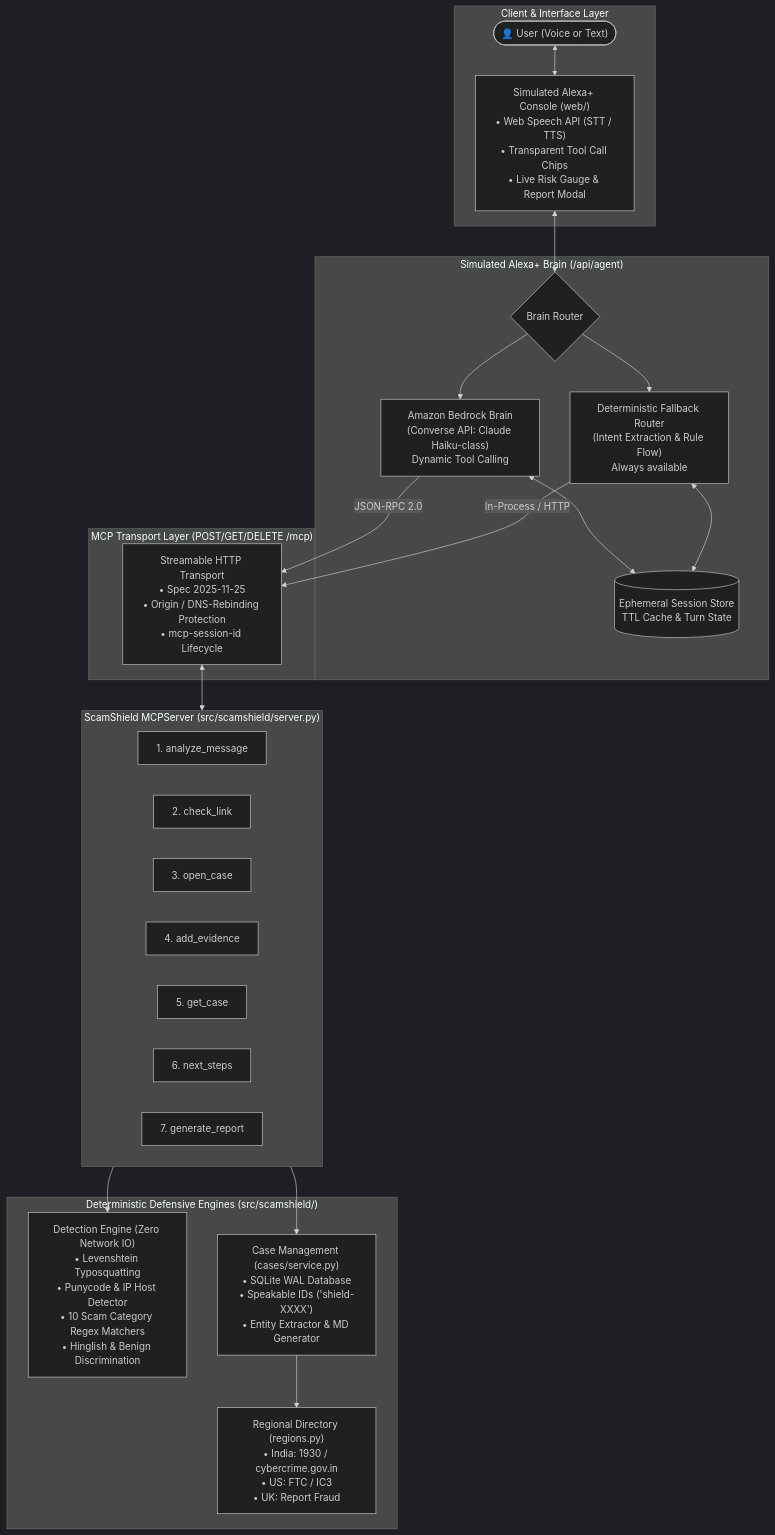
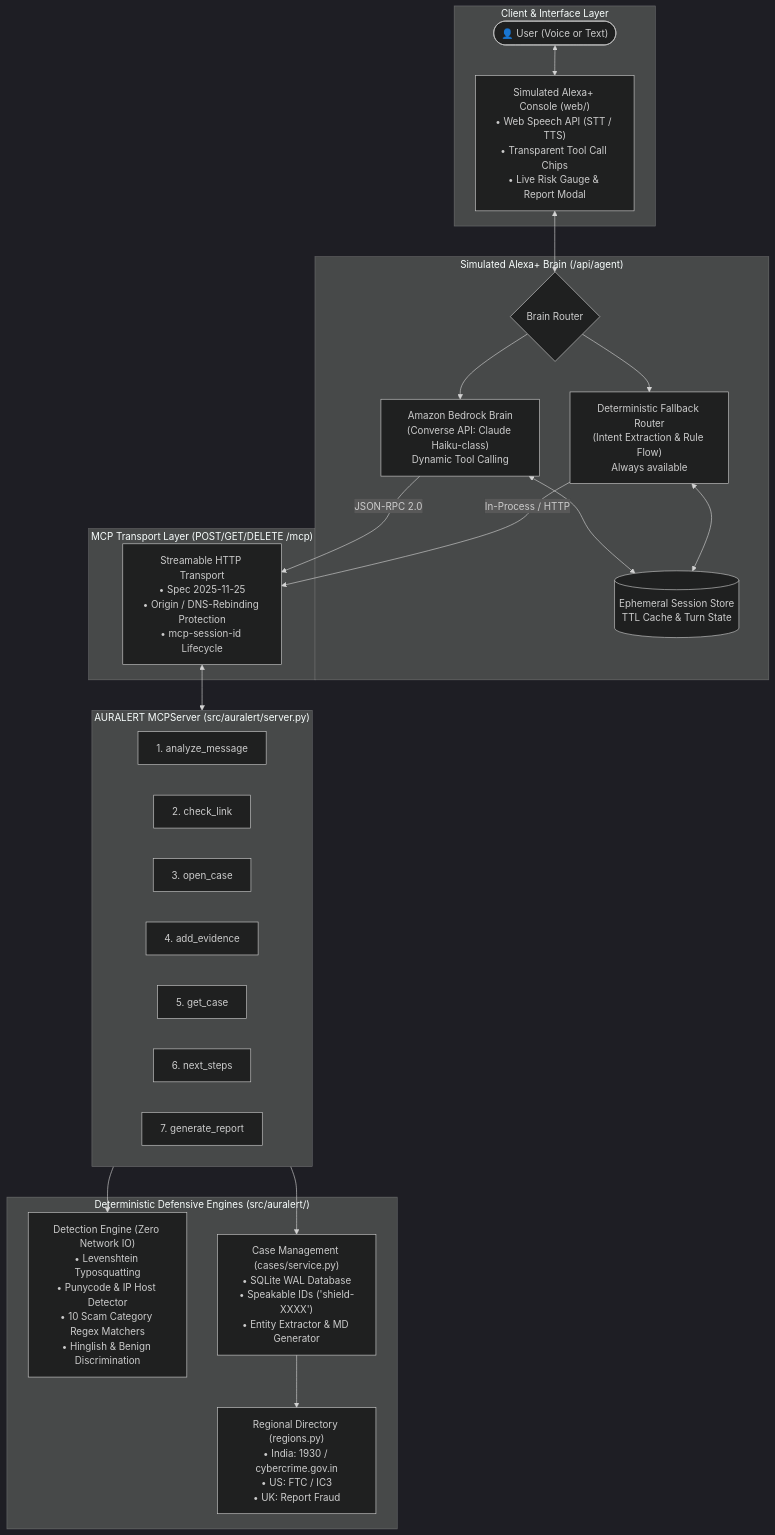
Before and after one commit to Ujjwal-4/Auralert: the first of 2 diagrams in docs/ARCHITECTURE.md, drawn with Mermaid (dark theme). The commit also changed other lines of this file and 61 other files, not shown here.

Commit message:
refactor: rename scamshield to auralert across codebase and docs

````diff
--- a/docs/ARCHITECTURE.md
+++ b/docs/ARCHITECTURE.md
@@ -13,47 +13,47 @@
 ```mermaid
 flowchart TD
     subgraph ClientLayer ["Client & Interface Layer"]
         User(["👤 User (Voice or Text)"])
         WebUI["Simulated Alexa+ Console (web/)<br/>• Web Speech API (STT / TTS)<br/>• Transparent Tool Call Chips<br/>• Live Risk Gauge & Report Modal"]
     end
 
     subgraph AgentLayer ["Simulated Alexa+ Brain (/api/agent)"]
         AgentRouter{"Brain Router"}
         BedrockBrain["Amazon Bedrock Brain<br/>(Converse API: Claude Haiku-class)<br/>Dynamic Tool Calling"]
         FallbackRouter["Deterministic Fallback Router<br/>(Intent Extraction & Rule Flow)<br/>Always available"]
         SessionStore[("Ephemeral Session Store<br/>TTL Cache & Turn State")]
     end
 
     subgraph TransportLayer ["MCP Transport Layer (POST/GET/DELETE /mcp)"]
         StreamableHTTP["Streamable HTTP Transport<br/>• Spec 2025-11-25<br/>• Origin / DNS-Rebinding Protection<br/>• mcp-session-id Lifecycle"]
     end
 
-    subgraph MCPLayer ["ScamShield MCPServer (src/scamshield/server.py)"]
+    subgraph MCPLayer ["AURALERT MCPServer (src/auralert/server.py)"]
         T1["1. analyze_message"]
         T2["2. check_link"]
         T3["3. open_case"]
         T4["4. add_evidence"]
         T5["5. get_case"]
         T6["6. next_steps"]
         T7["7. generate_report"]
     end
 
-    subgraph CoreLayer ["Deterministic Defensive Engines (src/scamshield/)"]
+    subgraph CoreLayer ["Deterministic Defensive Engines (src/auralert/)"]
         DetectionEngine["Detection Engine (Zero Network IO)<br/>• Levenshtein Typosquatting<br/>• Punycode & IP Host Detector<br/>• 10 Scam Category Regex Matchers<br/>• Hinglish & Benign Discrimination"]
         CaseService["Case Management (cases/service.py)<br/>• SQLite WAL Database<br/>• Speakable IDs ('shield-XXXX')<br/>• Entity Extractor & MD Generator"]
         RegionalDirectory["Regional Directory (regions.py)<br/>• India: 1930 / cybercrime.gov.in<br/>• US: FTC / IC3<br/>• UK: Report Fraud"]
     end
 
     User <--> WebUI
     WebUI <--> AgentRouter
     AgentRouter --> BedrockBrain
     AgentRouter --> FallbackRouter
     BedrockBrain <--> SessionStore
     FallbackRouter <--> SessionStore
     BedrockBrain -- "JSON-RPC 2.0" --> StreamableHTTP
     FallbackRouter -- "In-Process / HTTP" --> StreamableHTTP
     StreamableHTTP <--> MCPLayer
     MCPLayer --> DetectionEngine
     MCPLayer --> CaseService
     CaseService --> RegionalDirectory
 ```
````
